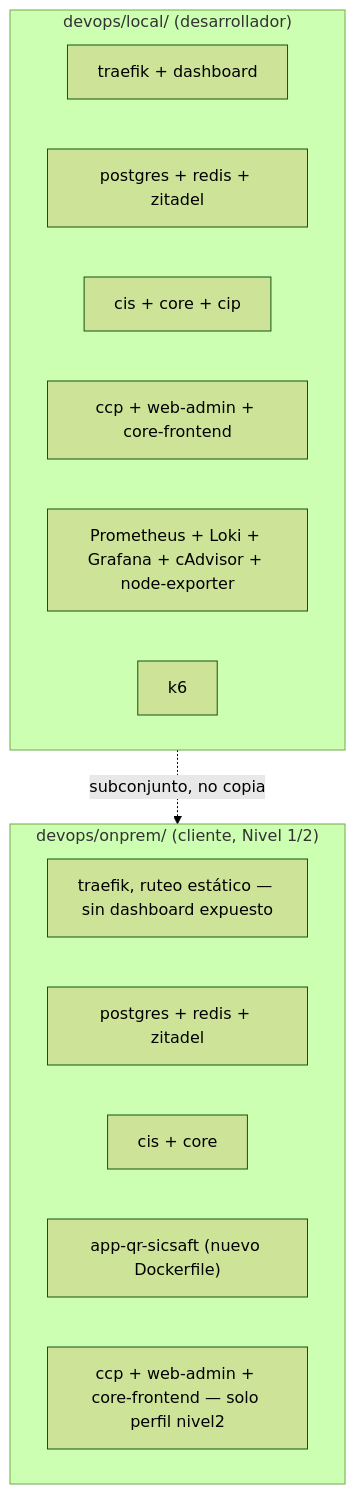
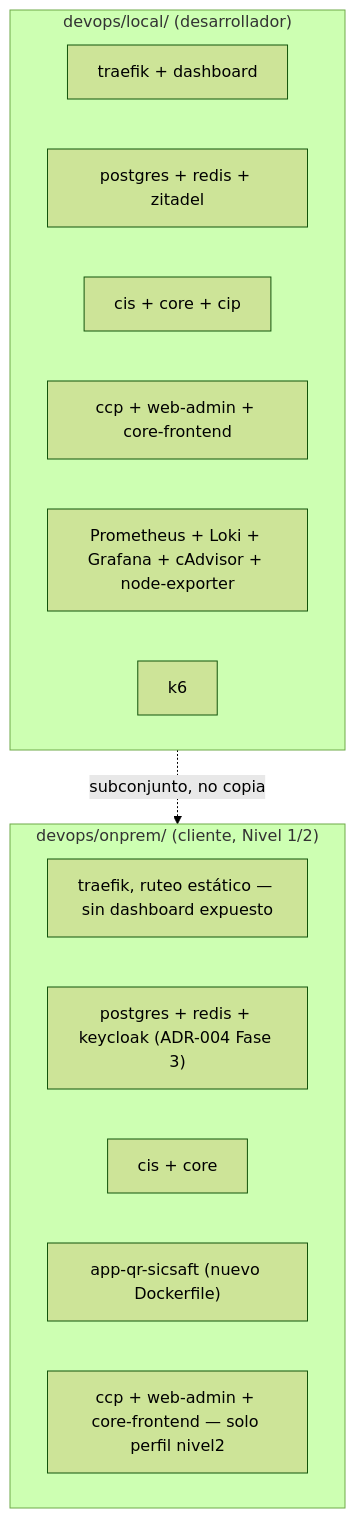
One commit to jhonabruzzi278/SICSAFT changed the first of 2 diagrams in aidlc-docs/devops/design-artifacts/ARCHITECTURE.md. Above: the diagram before and after it, drawn with Mermaid (forest theme). The commit also changed other lines of this file and 22 other files, not shown here.

First line of the commit message:
feat(devops): ADR-004 Fase 3 — Keycloak reemplaza a Zitadel en devops/onprem/

````diff
--- a/aidlc-docs/devops/design-artifacts/ARCHITECTURE.md
+++ b/aidlc-docs/devops/design-artifacts/ARCHITECTURE.md
@@ -17,21 +18,21 @@
 ```mermaid
 flowchart TB
     subgraph local["devops/local/ (desarrollador)"]
         L1[traefik + dashboard]
         L2[postgres + redis + zitadel]
         L3[cis + core + cip]
         L4[ccp + web-admin + core-frontend]
         L5[Prometheus + Loki + Grafana + cAdvisor + node-exporter]
         L6[k6]
     end
 
     subgraph onprem["devops/onprem/ (cliente, Nivel 1/2)"]
         O1[traefik, ruteo estático — sin dashboard expuesto]
-        O2[postgres + redis + zitadel]
+        O2["postgres + redis + keycloak (ADR-004 Fase 3)"]
         O3[cis + core]
         O4["app-qr-sicsaft (nuevo Dockerfile)"]
         O5["ccp + web-admin + core-frontend — solo perfil nivel2"]
     end
 
     local -. "subconjunto, no copia" .-> onprem
 ```
````
